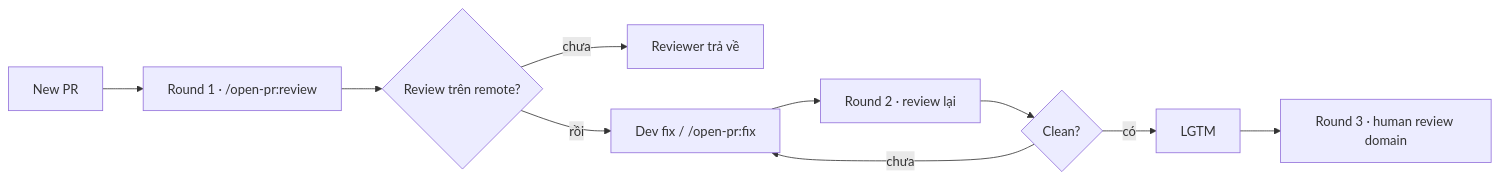
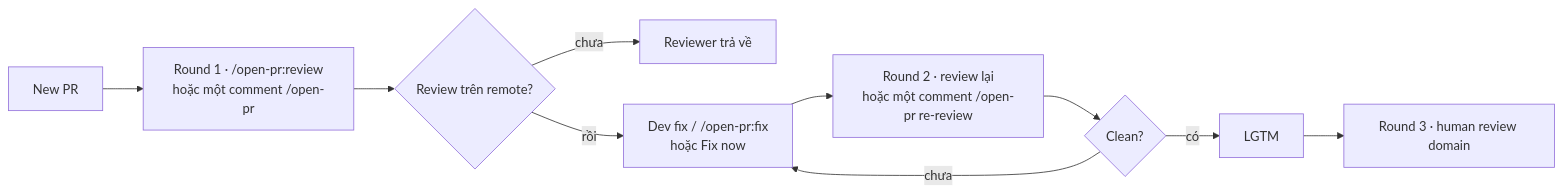
Before and after one commit to TOMOSIA-VIETNAM/open-pr: the diagram in README.vi-VN.md, drawn with Mermaid. The commit also changed other lines of this file and 53 other files, not shown here.

First line of the commit message:
feat(watch): /open-pr:watch review and fix roles, and /open-pr:menubar (#143)

````diff
--- a/README.vi-VN.md
+++ b/README.vi-VN.md
@@ -122,12 +123,12 @@
 ```mermaid
 flowchart LR
-  A[New PR] --> B["Round 1 · /open-pr:review"]
+  A[New PR] --> B["Round 1 · /open-pr:review<br/>hoặc một comment /open-pr"]
   B --> C{Review trên remote?}
   C -- chưa --> D[Reviewer trả về]
-  C -- rồi --> E[Dev fix / /open-pr:fix]
-  E --> F["Round 2 · review lại"]
+  C -- rồi --> E["Dev fix / /open-pr:fix<br/>hoặc Fix now"]
+  E --> F["Round 2 · review lại<br/>hoặc một comment /open-pr re-review"]
   F --> G{Clean?}
   G -- có --> H[LGTM]
   G -- chưa --> E
   H --> I[Round 3 · human review domain]
 ```
````
